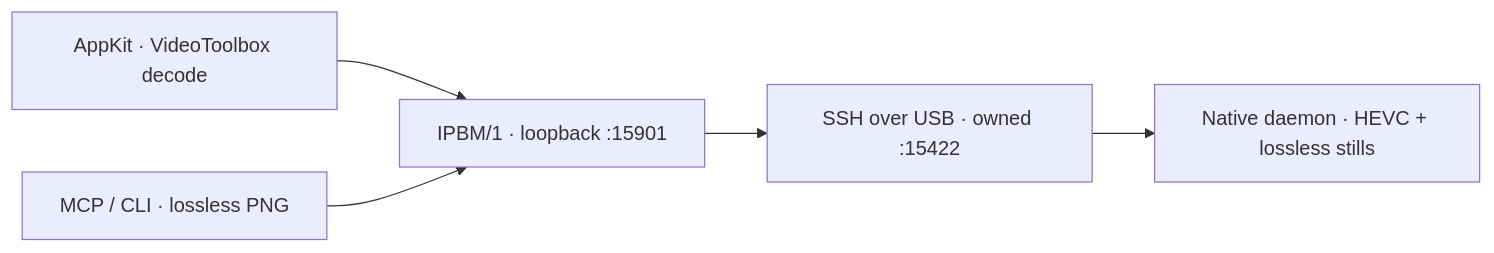
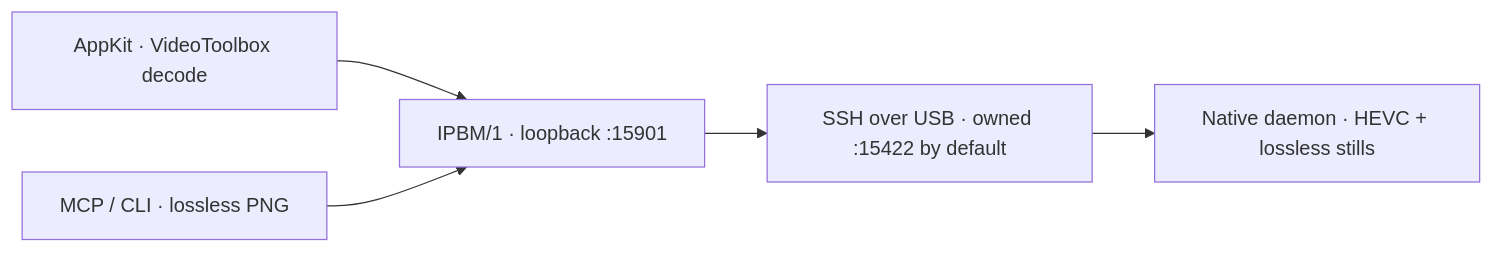
The diagram in README.md (net-snix/iPhoneBridge), drawn with Mermaid before and after one commit. The commit also changed 10 other files, not shown here.

First line of the commit message:
feat: let the bridge own another USB SSH port

````diff
--- a/README.md
+++ b/README.md
@@ -76,7 +76,7 @@
 ```mermaid
 flowchart LR
     App[AppKit · VideoToolbox decode] --> Protocol[IPBM/1 · loopback :15901]
     Agent[MCP / CLI · lossless PNG] --> Protocol
-    Protocol --> SSH[SSH over USB · owned :15422]
+    Protocol --> SSH[SSH over USB · owned :15422 by default]
     SSH --> Phone[Native daemon · HEVC + lossless stills]
 ```
````
